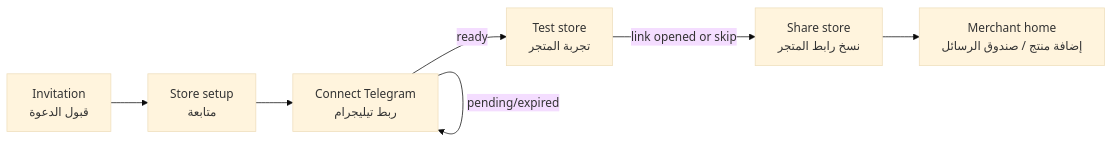
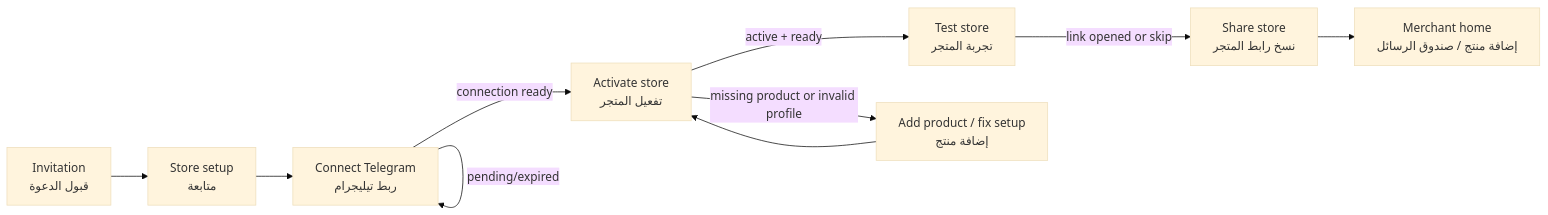
One commit to geekammar/Rabet changed the sixth of 7 diagrams in docs/SAAS_MVP_ARCHITECTURE.md. Above: the diagram before and after it, drawn with Mermaid (base theme). The commit also changed other lines of this file and 1 other file, not shown here.

````diff
--- a/docs/SAAS_MVP_ARCHITECTURE.md
+++ b/docs/SAAS_MVP_ARCHITECTURE.md
@@ -679,9 +797,12 @@
 ```mermaid
 flowchart LR
   I["Invitation\nقبول الدعوة"] --> S["Store setup\nمتابعة"]
   S --> C["Connect Telegram\nربط تيليجرام"]
-  C -->|"ready"| T["Test store\nتجربة المتجر"]
+  C -->|"connection ready"| A["Activate store\nتفعيل المتجر"]
+  A -->|"active + ready"| T["Test store\nتجربة المتجر"]
   T -->|"link opened or skip"| H["Share store\nنسخ رابط المتجر"]
   C -->|"pending/expired"| C
+  A -->|"missing product or invalid profile"| P["Add product / fix setup\nإضافة منتج"]
+  P --> A
   H --> D["Merchant home\nإضافة منتج / صندوق الرسائل"]
 ```
````
